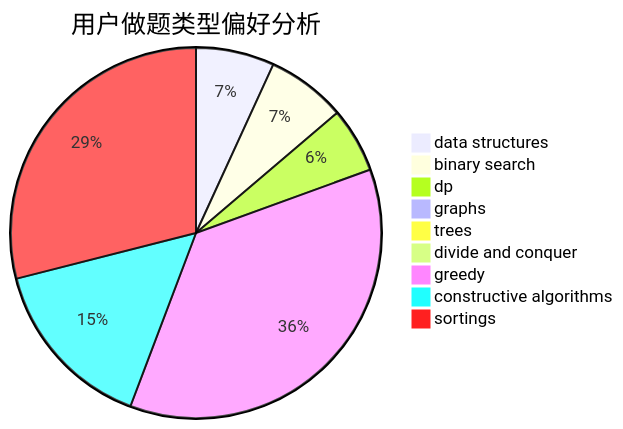
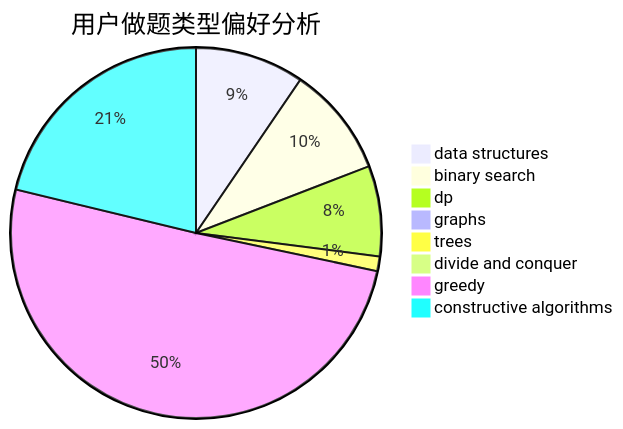
Before and after one commit to sherpahu/cfrs.github.io: the second of 3 diagrams in docs/user/u682.md, drawn with Mermaid. The commit also changed other lines of this file and 2769 other files, not shown here.

````diff
--- a/docs/user/u682.md
+++ b/docs/user/u682.md
@@ -18,12 +18,11 @@
 ```mermaid
 pie title 用户做题类型偏好分析
     "data structures" :  82
     "binary search" :  83
     "dp" :  68
     "graphs" :  5
     "trees" :  11
     "divide and conquer" :  0
     "greedy" :  435
     "constructive algorithms" :  183
-    "sortings" :  347
 ```
````
